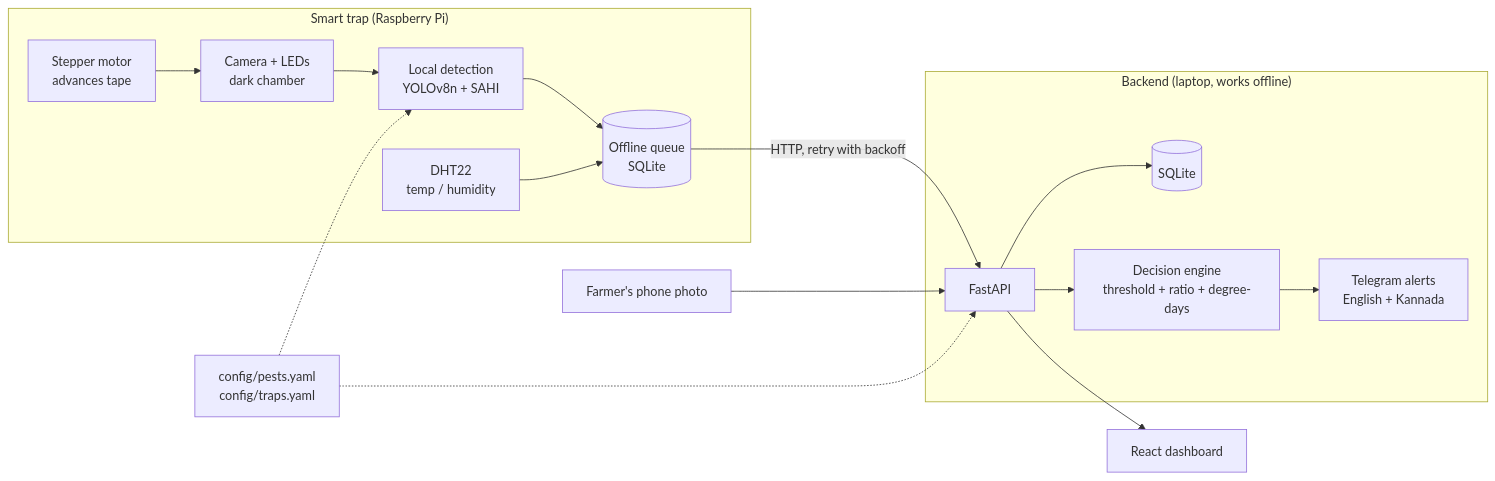
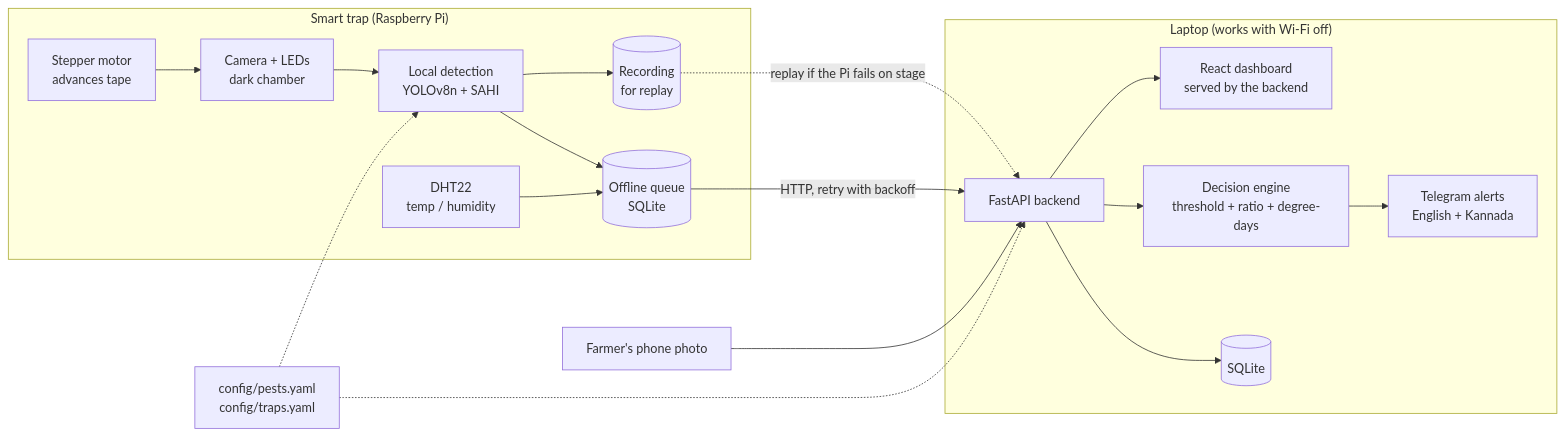
The diagram in README.md (SVG700/KeetaSense), drawn with Mermaid before and after one commit. The commit also changed other lines of this file, not shown here.

````diff
--- a/README.md
+++ b/README.md
@@ -39,20 +39,22 @@
 ```mermaid
 flowchart LR
   subgraph Trap["Smart trap (Raspberry Pi)"]
     M[Stepper motor<br/>advances tape] --> C[Camera + LEDs<br/>dark chamber]
     C --> D[Local detection<br/>YOLOv8n + SAHI]
     S[DHT22<br/>temp / humidity]
     D --> Q[(Offline queue<br/>SQLite)]
     S --> Q
+    D --> R[(Recording<br/>for replay)]
   end
   Q -- "HTTP, retry with backoff" --> API
-  subgraph Laptop["Backend (laptop, works offline)"]
-    API[FastAPI] --> DB[(SQLite)]
+  R -. "replay if the Pi fails on stage" .-> API
+  subgraph Laptop["Laptop (works with Wi-Fi off)"]
+    API[FastAPI backend] --> DB[(SQLite)]
     API --> E[Decision engine<br/>threshold + ratio + degree-days]
     E --> T[Telegram alerts<br/>English + Kannada]
+    API --> W[React dashboard<br/>served by the backend]
   end
   P[Farmer's phone photo] --> API
-  API --> W[React dashboard]
   CFG[config/pests.yaml<br/>config/traps.yaml] -.-> API
   CFG -.-> D
 ```
````
